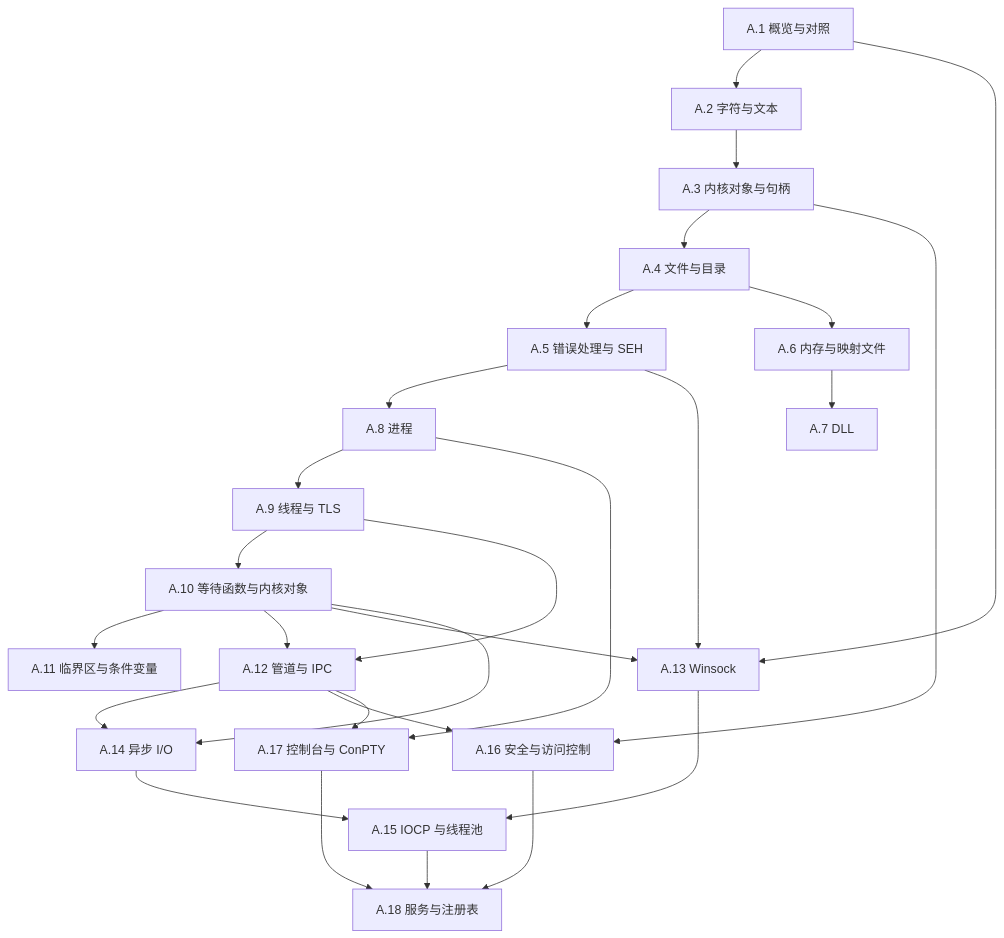
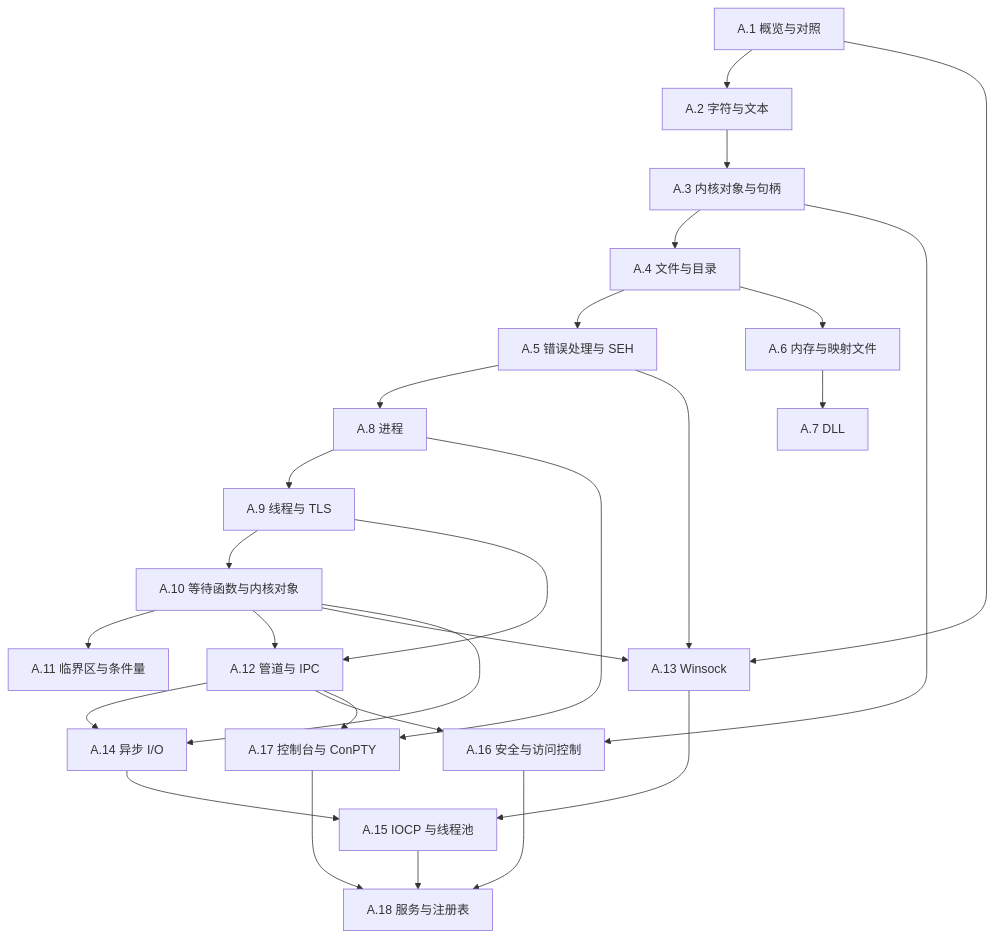
The diagram in docs/教程/正文/系统编程/拓展A_Win32系统编程.md (Mdr-C-Tutorial/C), drawn with Mermaid before and after one commit. The commit also changed other lines of this file and 188 other files, not shown here.

````diff
--- a/docs/教程/正文/系统编程/拓展A_Win32系统编程.md
+++ b/docs/教程/正文/系统编程/拓展A_Win32系统编程.md
@@ -45,29 +47,29 @@
 ```mermaid
 flowchart TB
     A1["A.1 概览与对照"] --> A2["A.2 字符与文本"]
     A2 --> A3["A.3 内核对象与句柄"]
     A3 --> A4["A.4 文件与目录"]
     A4 --> A5["A.5 错误处理与 SEH"]
     A4 --> A6["A.6 内存与映射文件"]
     A6 --> A7["A.7 DLL"]
     A5 --> A8["A.8 进程"]
     A8 --> A9["A.9 线程与 TLS"]
     A9 --> A10["A.10 等待函数与内核对象"]
-    A10 --> A11["A.11 临界区与条件变量"]
+    A10 --> A11["A.11 临界区与条件量"]
     A9 --> A12["A.12 管道与 IPC"]
     A10 --> A12
     A1 --> A13["A.13 Winsock"]
     A5 --> A13
     A10 --> A13
     A10 --> A14["A.14 异步 I/O"]
     A12 --> A14
     A14 --> A15["A.15 IOCP 与线程池"]
     A13 --> A15
     A3 --> A16["A.16 安全与访问控制"]
     A12 --> A16
     A8 --> A17["A.17 控制台与 ConPTY"]
     A12 --> A17
     A15 --> A18["A.18 服务与注册表"]
     A16 --> A18
     A17 --> A18
 ```
````
